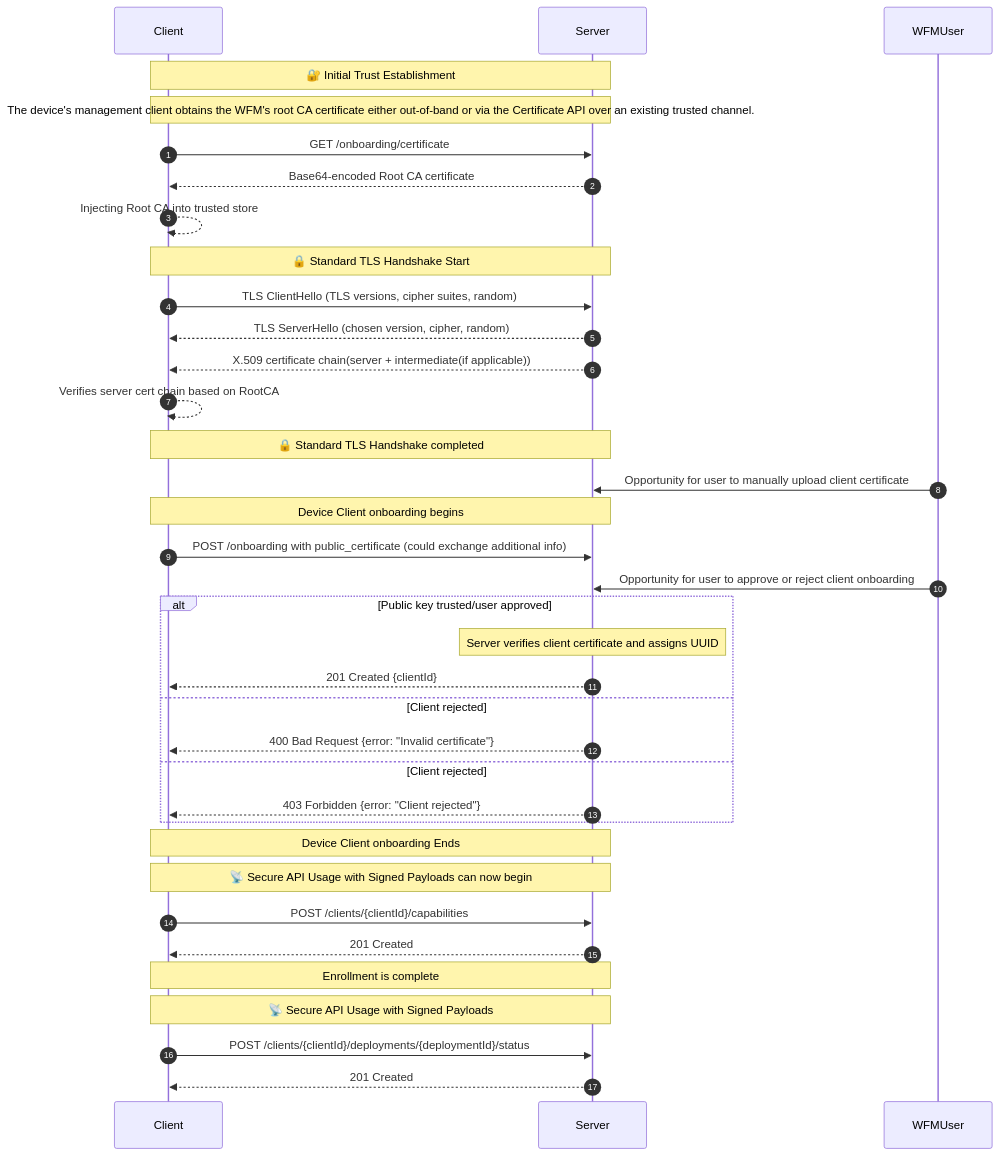
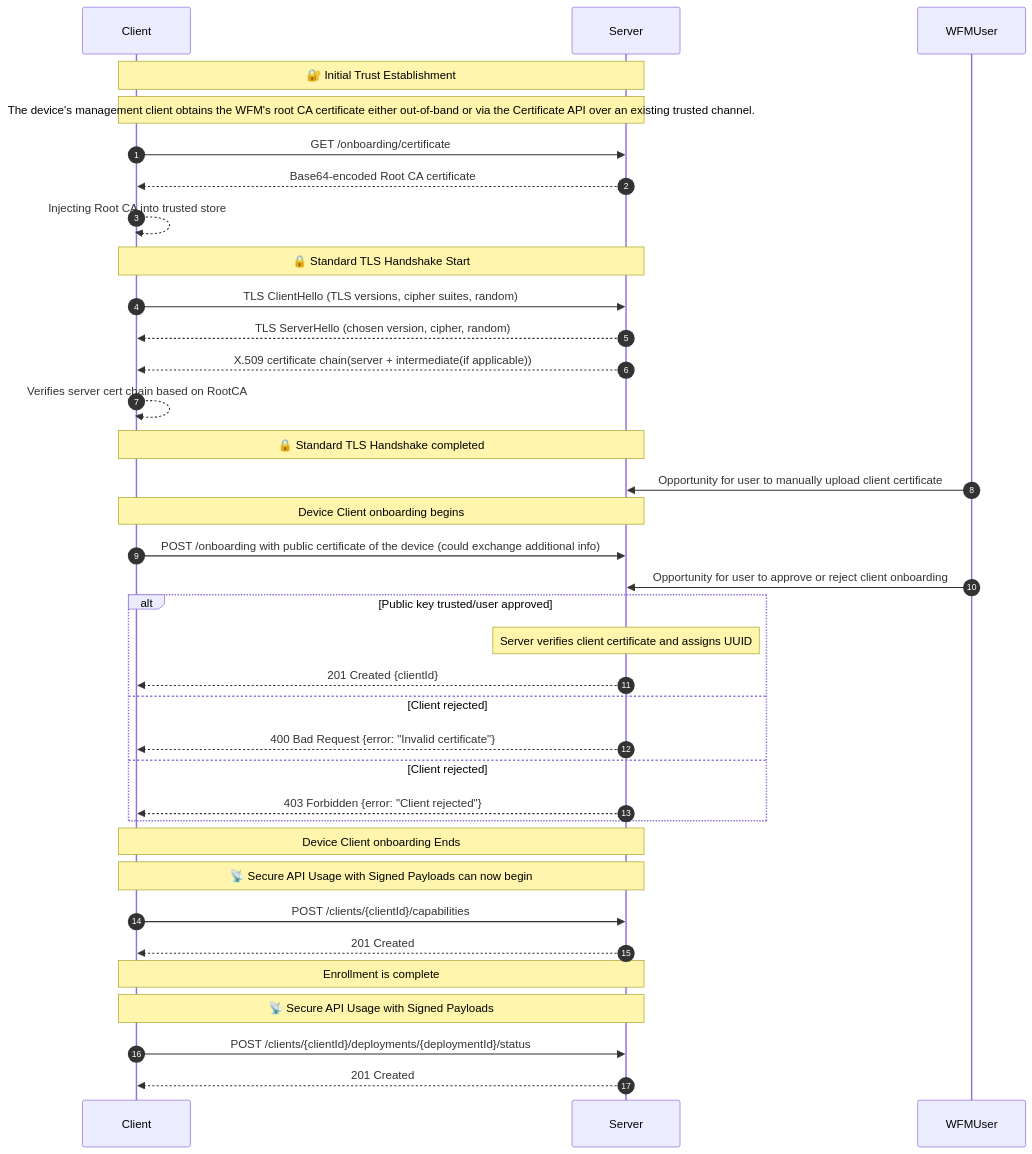
One commit to margo/specification changed the diagram in system-design/specification/margo-management-interface/device-client-onboarding.md. Above: the diagram before and after it, drawn with Mermaid.

Commit message:
docs(md): fixes onboarding seq diagram
The diagram cited incorrect field name, `public_certificate`, during onboarding.
The actual field is just `certificate`.

Closes #133

````diff
--- a/system-design/specification/margo-management-interface/device-client-onboarding.md
+++ b/system-design/specification/margo-management-interface/device-client-onboarding.md
@@ -17,41 +17,41 @@
 ```mermaid
 sequenceDiagram
     autonumber
     participant Client
     participant Server
 
     Note over Client,Server: 🔐 Initial Trust Establishment
     Note over Client,Server: The device's management client obtains the WFM's root CA certificate either out-of-band or via the Certificate API over an existing trusted channel.
     Client->>Server: GET /onboarding/certificate
     Server-->>Client: Base64-encoded Root CA certificate
     Client-->>Client: Injecting Root CA into trusted store
 
     Note over Client,Server: 🔒 Standard TLS Handshake Start
     Client->>Server: TLS ClientHello (TLS versions, cipher suites, random)
     Server-->>Client: TLS ServerHello (chosen version, cipher, random)
     Server-->>Client: X.509 certificate chain(server + intermediate(if applicable))
     Client-->>Client: Verifies server cert chain based on RootCA
     Note over Client,Server: 🔒 Standard TLS Handshake completed
     WFMUser->>Server: Opportunity for user to manually upload client certificate
     Note over Client,Server: Device Client onboarding begins
-    Client->>Server: POST /onboarding with public_certificate (could exchange additional info)
+    Client->>Server: POST /onboarding with public certificate of the device (could exchange additional info)
     WFMUser->>Server: Opportunity for user to approve or reject client onboarding
     alt Public key trusted/user approved
         Note over Server: Server verifies client certificate and assigns UUID
         Server-->>Client: 201 Created {clientId}
     else Client rejected
         Server-->>Client: 400 Bad Request {error: "Invalid certificate"}
     else Client rejected
         Server-->>Client: 403 Forbidden {error: "Client rejected"}
     end
 
     Note over Client,Server: Device Client onboarding Ends
     Note over Client,Server: 📡 Secure API Usage with Signed Payloads can now begin
 
     Client->>Server: POST /clients/{clientId}/capabilities
     Server-->>Client: 201 Created
     Note over Client,Server: Enrollment is complete
     Note over Client,Server: 📡 Secure API Usage with Signed Payloads
     Client->>Server: POST /clients/{clientId}/deployments/{deploymentId}/status
     Server-->>Client: 201 Created
 ```
````
